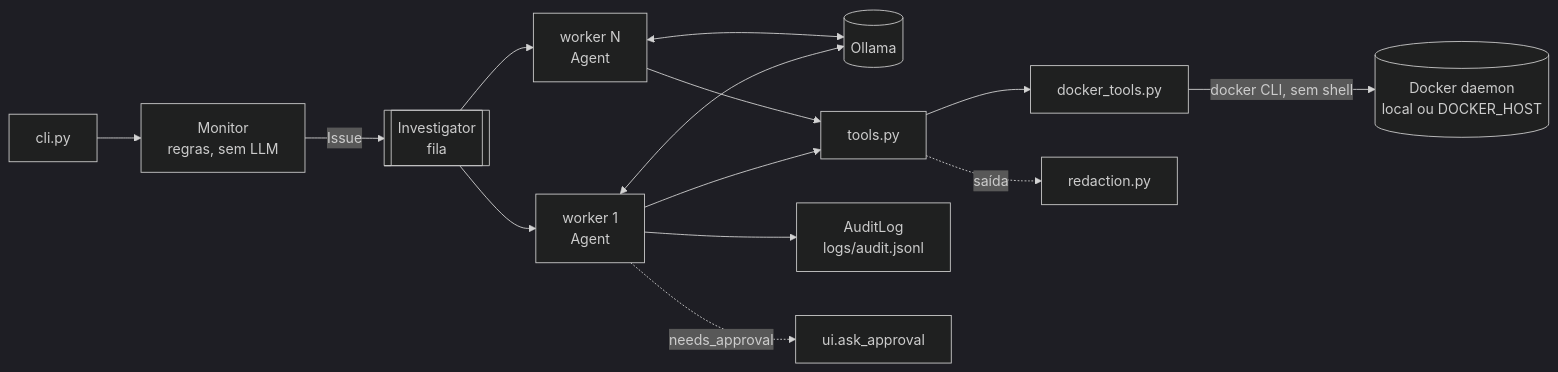
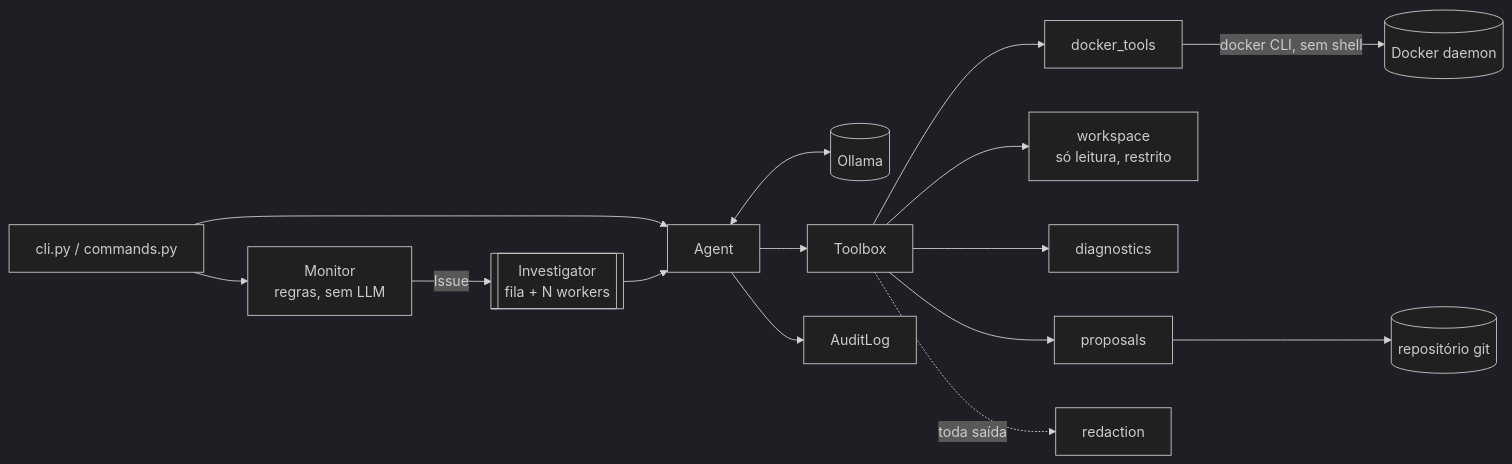
One commit to umdevaprendiz/agents-DevOps changed the second of 2 diagrams in README.pt-BR.md. Above: the diagram before and after it, drawn with Mermaid (dark theme). The commit also changed other lines of this file and 2 other files, not shown here.

````diff
--- a/README.pt-BR.md
+++ b/README.pt-BR.md
@@ -71,16 +154,17 @@
 ```mermaid
 flowchart LR
-    CLI["cli.py"] --> Monitor["Monitor<br/>regras, sem LLM"]
-    Monitor -- "Issue" --> Queue[["Investigator<br/>fila"]]
-    Queue --> W1["worker 1<br/>Agent"]
-    Queue --> WN["worker N<br/>Agent"]
-    W1 <--> Ollama[("Ollama")]
-    WN <--> Ollama
-    W1 --> Tools["tools.py"]
-    WN --> Tools
-    Tools --> DT["docker_tools.py"]
-    DT -- "docker CLI, sem shell" --> Docker[("Docker daemon<br/>local ou DOCKER_HOST")]
-    Tools -. "saída" .-> Redact["redaction.py"]
-    W1 --> Audit["AuditLog<br/>logs/audit.jsonl"]
-    W1 -. "needs_approval" .-> UI["ui.ask_approval"]
+    CLI["cli.py / commands.py"] --> Monitor["Monitor<br/>regras, sem LLM"]
+    CLI --> Agent["Agent"]
+    Monitor -- "Issue" --> Queue[["Investigator<br/>fila + N workers"]]
+    Queue --> Agent
+    Agent <--> Ollama[("Ollama")]
+    Agent --> Tools["Toolbox"]
+    Tools --> DT["docker_tools"]
+    Tools --> WS["workspace<br/>só leitura, restrito"]
+    Tools --> DG["diagnostics"]
+    Tools --> PR["proposals"]
+    PR --> Git[("repositório git")]
+    DT -- "docker CLI, sem shell" --> Docker[("Docker daemon")]
+    Tools -. "toda saída" .-> Redact["redaction"]
+    Agent --> Audit["AuditLog"]
 ```
````
